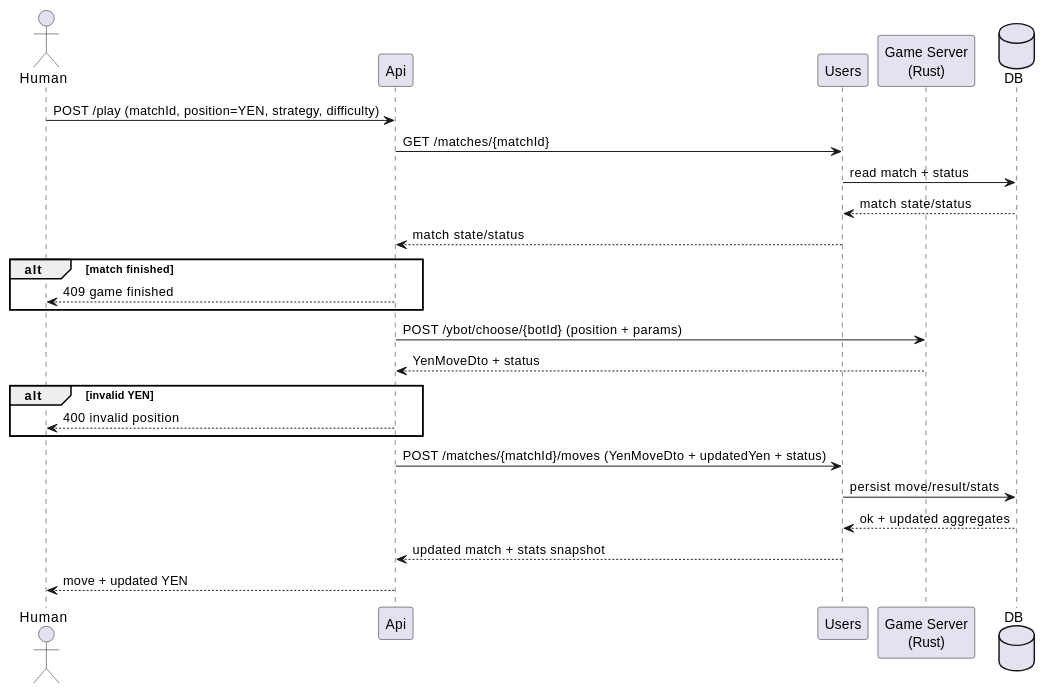
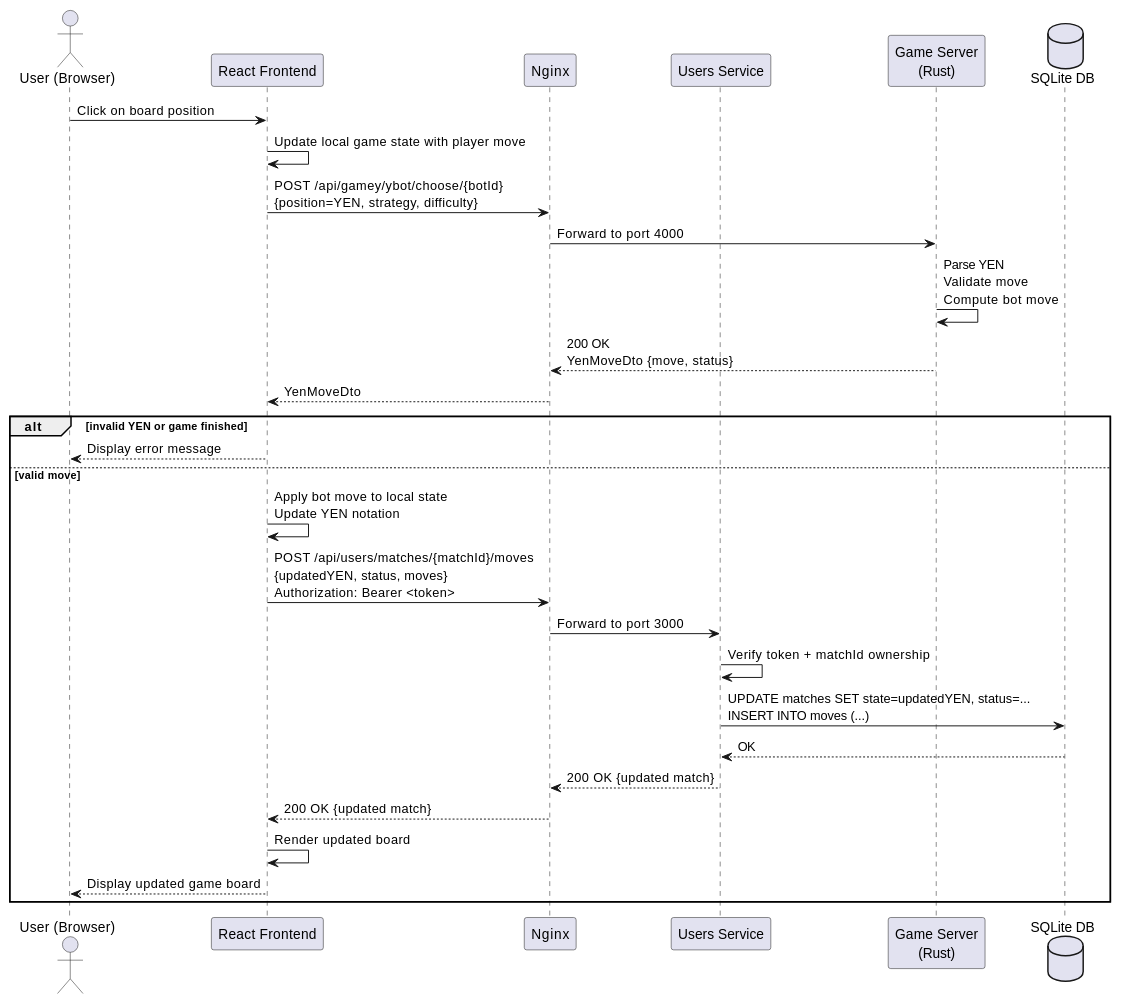
Before and after one commit to Arquisoft/yovi_es1c: the fourth of 6 diagrams in docs/src/06_runtime_view.adoc, drawn with PlantUML. The commit also changed other lines of this file and 9 other files, not shown here.

```diff
--- a/docs/src/06_runtime_view.adoc
+++ b/docs/src/06_runtime_view.adoc
@@ -84,35 +112,37 @@
 [plantuml, "runtime-human-move", png]
 ----
-actor Human
-participant Api
-participant Users
+actor "User (Browser)" as Human
+participant "React Frontend" as Frontend
+participant "Nginx" as Nginx
+participant "Users Service" as Users
 participant "Game Server\n(Rust)" as Engine
-database DB
+database "SQLite DB" as DB
 
-Human -> Api: POST /play (matchId, position=YEN, strategy, difficulty)
+Human -> Frontend: Click on board position
+Frontend -> Frontend: Update local game state with player move
 
-' 1) Validate and retrieve match state
-Api -> Users: GET /matches/{matchId}
-Users -> DB: read match + status
-DB --> Users: match state/status
-Users --> Api: match state/status
+' 1) Request bot move from Game Server
+Frontend -> Nginx: POST /api/gamey/ybot/choose/{botId}\n{position=YEN, strategy, difficulty}
+Nginx -> Engine: Forward to port 4000
+Engine -> Engine: Parse YEN\nValidate move\nCompute bot move
+Engine --> Nginx: 200 OK\nYenMoveDto {move, status}
+Nginx --> Frontend: YenMoveDto
 
-alt match finished
-  Api --> Human: 409 game finished
+alt invalid YEN or game finished
+  Frontend --> Human: Display error message
+else valid move
+  Frontend -> Frontend: Apply bot move to local state\nUpdate YEN notation
+
+  ' 2) Persist updated match state
+  Frontend -> Nginx: POST /api/users/matches/{matchId}/moves\n{updatedYEN, status, moves}\nAuthorization: Bearer <token>
+  Nginx -> Users: Forward to port 3000
+  Users -> Users: Verify token + matchId ownership
+  Users -> DB: UPDATE matches SET state=updatedYEN, status=...\nINSERT INTO moves (...)
+  DB --> Users: OK
+  Users --> Nginx: 200 OK {updated match}
+  Nginx --> Frontend: 200 OK {updated match}
+
+  Frontend -> Frontend: Render updated board
+  Frontend --> Human: Display updated game board
 end
-
-' 2) Compute bot move
-Api -> Engine: POST /ybot/choose/{botId} (position + params)
-Engine --> Api: YenMoveDto + status
-
-alt invalid YEN
-  Api --> Human: 400 invalid position
-end
-
-' 3) Persist updated state
-Api -> Users: POST /matches/{matchId}/moves (YenMoveDto + updatedYen + status)
-Users -> DB: persist move/result/stats
-DB --> Users: ok + updated aggregates
-Users --> Api: updated match + stats snapshot
-Api --> Human: move + updated YEN
 ----
```
